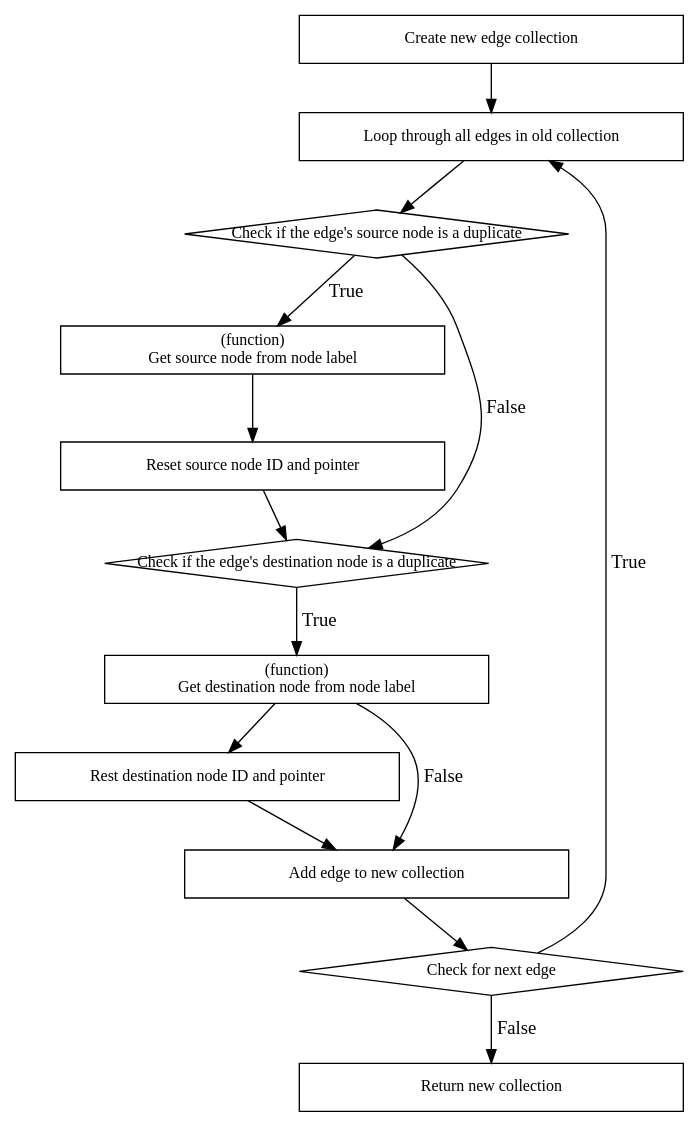
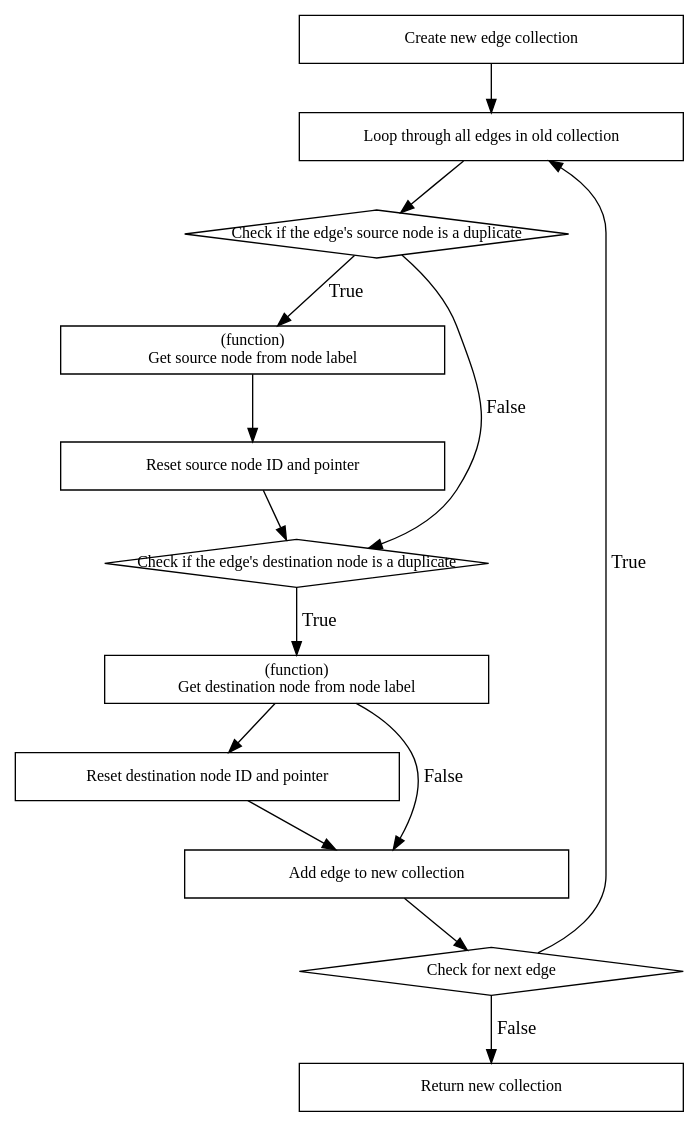
Before and after one commit to AVanDeBrook/c-dependency-graph: the diagram in wiki/dot-sources/flowcharts/Parser/clean-edge-collection.dot, drawn with Graphviz.

Commit message:
fix typo
typo for reset read rest

```diff
--- a/wiki/dot-sources/flowcharts/Parser/clean-edge-collection.dot
+++ b/wiki/dot-sources/flowcharts/Parser/clean-edge-collection.dot
@@ -1,27 +1,27 @@
 digraph "Clean Up Edge Collection" {
     rankdir="TB";
     node [shape="rectangle",fixedsize=true,height=0.5,width=4.0,fontsize=12];
 
     create_edge_collection [label="Create new edge collection"];
     loop_edges [label="Loop through all edges in old collection"];
     check_src_duplicate [label="Check if the edge's source node is a duplicate",shape=diamond];
     get_src_label [label="(function)\nGet source node from node label"];
     reset_src [label="Reset source node ID and pointer"];
     check_dest_duplicate [label="Check if the edge's destination node is a duplicate",shape=diamond];
     get_dest_label [label="(function)\nGet destination node from node label"];
-    reset_dest [label="Rest destination node ID and pointer"];
+    reset_dest [label="Reset destination node ID and pointer"];
     add_edge [label="Add edge to new collection"];
     check_edge [label="Check for next edge",shape=diamond];
     return_collection [label="Return new collection"];
 
     create_edge_collection -> loop_edges -> check_src_duplicate;
     check_src_duplicate -> get_src_label [label="True"];
     get_src_label -> reset_src -> check_dest_duplicate;
     check_src_duplicate -> check_dest_duplicate [label="False"];
     check_dest_duplicate -> get_dest_label [label="True"];
     get_dest_label -> reset_dest -> add_edge;
     get_dest_label -> add_edge [label="False"];
     add_edge -> check_edge;
     check_edge -> loop_edges [label="True"];
     check_edge -> return_collection [label="False"];
 }
```
